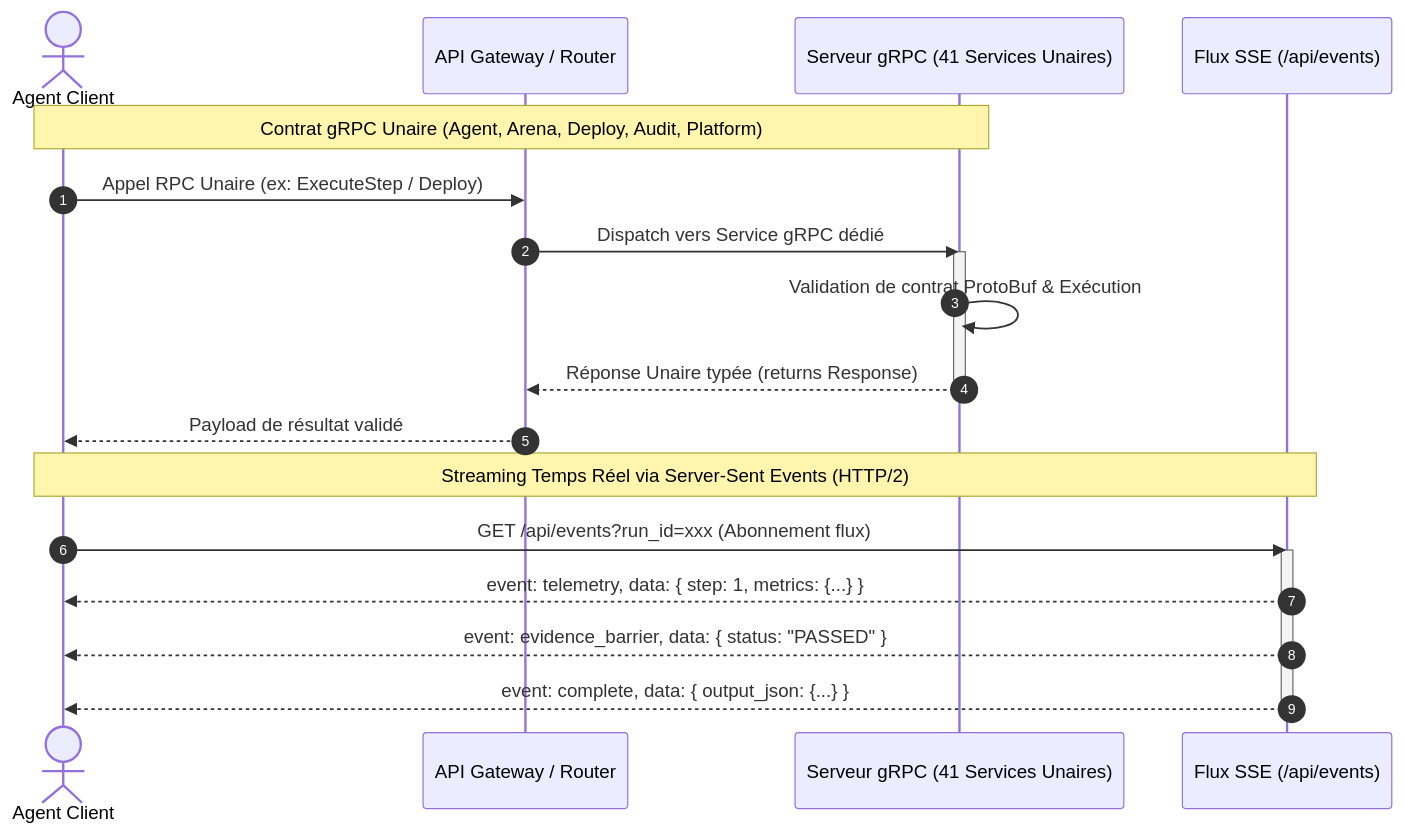
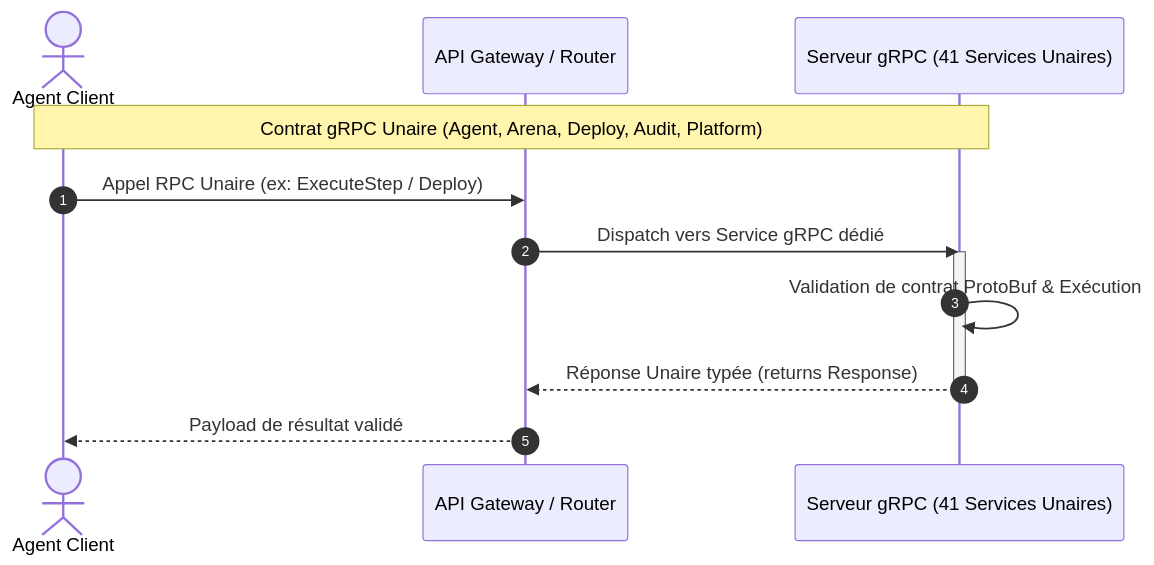
One commit to PISSARAW/GenOS changed the third of 4 diagrams in docs/03-reference/api-et-contrats.md. Above: the diagram before and after it, drawn with Mermaid. The commit also changed other lines of this file and 6 other files, not shown here.

````diff
--- a/docs/03-reference/api-et-contrats.md
+++ b/docs/03-reference/api-et-contrats.md
@@ -309,25 +310,17 @@
 ```mermaid
 sequenceDiagram
     autonumber
     actor Client as Agent Client
     participant Gateway as API Gateway / Router
     participant gRPCServer as Serveur gRPC (41 Services Unaires)
-    participant SSEStream as Flux SSE (/api/events)
 
     Note over Client,gRPCServer: Contrat gRPC Unaire (Agent, Arena, Deploy, Audit, Platform)
     Client->>Gateway: Appel RPC Unaire (ex: ExecuteStep / Deploy)
     Gateway->>gRPCServer: Dispatch vers Service gRPC dédié
     activate gRPCServer
     gRPCServer->>gRPCServer: Validation de contrat ProtoBuf & Exécution
     gRPCServer-->>Gateway: Réponse Unaire typée (returns Response)
     deactivate gRPCServer
     Gateway-->>Client: Payload de résultat validé
 
-    Note over Client,SSEStream: Streaming Temps Réel via Server-Sent Events (HTTP/2)
-    Client->>SSEStream: GET /api/events?run_id=xxx (Abonnement flux)
-    activate SSEStream
-    SSEStream-->>Client: event: telemetry, data: { step: 1, metrics: {...} }
-    SSEStream-->>Client: event: evidence_barrier, data: { status: "PASSED" }
-    SSEStream-->>Client: event: complete, data: { output_json: {...} }
-    deactivate SSEStream
 ```
````
